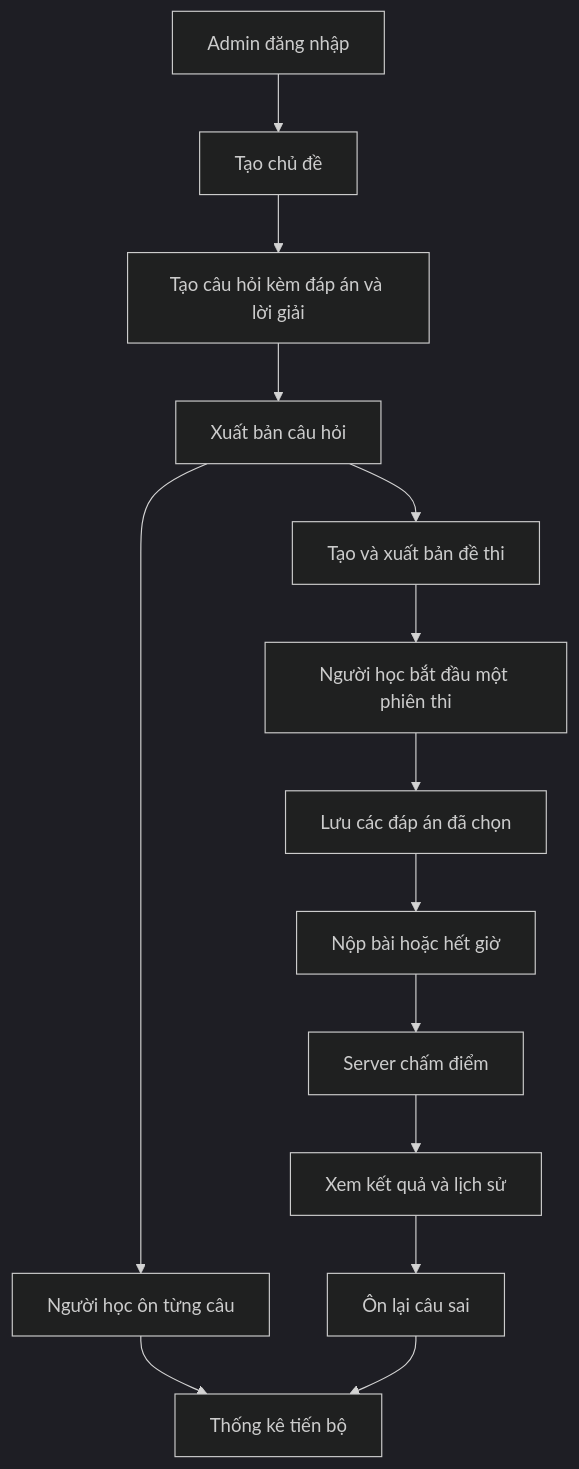
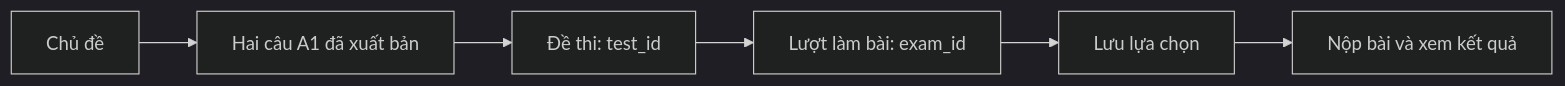
Before and after one commit to hoanghan0709/go_backend: the diagram in docs/HUONG_DAN_API_TUNG_BUOC.md, drawn with Mermaid (dark theme). The commit also changed other lines of this file and 40 other files, not shown here.

````diff
--- a/docs/HUONG_DAN_API_TUNG_BUOC.md
+++ b/docs/HUONG_DAN_API_TUNG_BUOC.md
@@ -39,16 +32,8 @@
 ```mermaid
-flowchart TD
-    A[Admin đăng nhập] --> B[Tạo chủ đề]
-    B --> C[Tạo câu hỏi kèm đáp án và lời giải]
-    C --> D[Xuất bản câu hỏi]
-    D --> E[Tạo và xuất bản đề thi]
-    D --> F[Người học ôn từng câu]
-    E --> G[Người học bắt đầu một phiên thi]
-    G --> H[Lưu các đáp án đã chọn]
-    H --> I[Nộp bài hoặc hết giờ]
-    I --> J[Server chấm điểm]
-    J --> K[Xem kết quả và lịch sử]
-    K --> L[Ôn lại câu sai]
-    F --> M[Thống kê tiến bộ]
-    L --> M
+flowchart LR
+  A[Chủ đề] --> B[Hai câu A1 đã xuất bản]
+  B --> C[Đề thi: test_id]
+  C --> D[Lượt làm bài: exam_id]
+  D --> E[Lưu lựa chọn]
+  E --> F[Nộp bài và xem kết quả]
 ```
````
